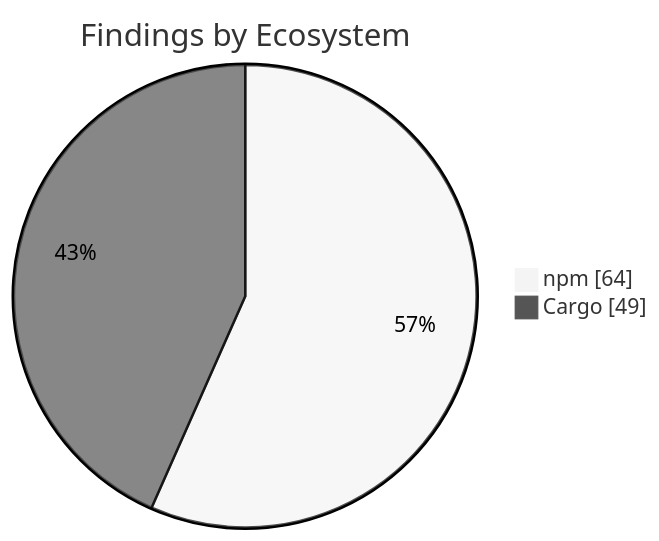
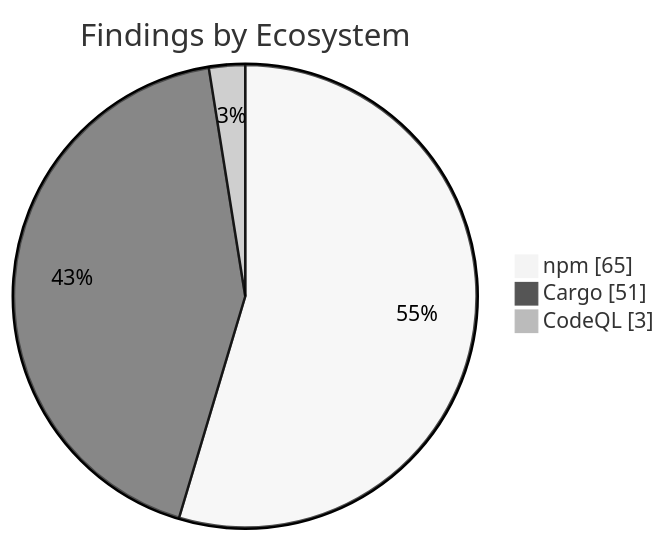
Before and after one commit to KBVE/kbve: the second of 2 diagrams in apps/kbve/astro-kbve/src/content/docs/dashboard/security.mdx, drawn with Mermaid (neutral theme). The commit also changed other lines of this file and 8 other files, not shown here.

````diff
--- a/apps/kbve/astro-kbve/src/content/docs/dashboard/security.mdx
+++ b/apps/kbve/astro-kbve/src/content/docs/dashboard/security.mdx
@@ -73,6 +73,7 @@
 ```mermaid
 pie showData
     title Findings by Ecosystem
-    "npm" : 64
-    "Cargo" : 49
+    "npm" : 65
+    "Cargo" : 51
+    "CodeQL" : 3
 ```
````
